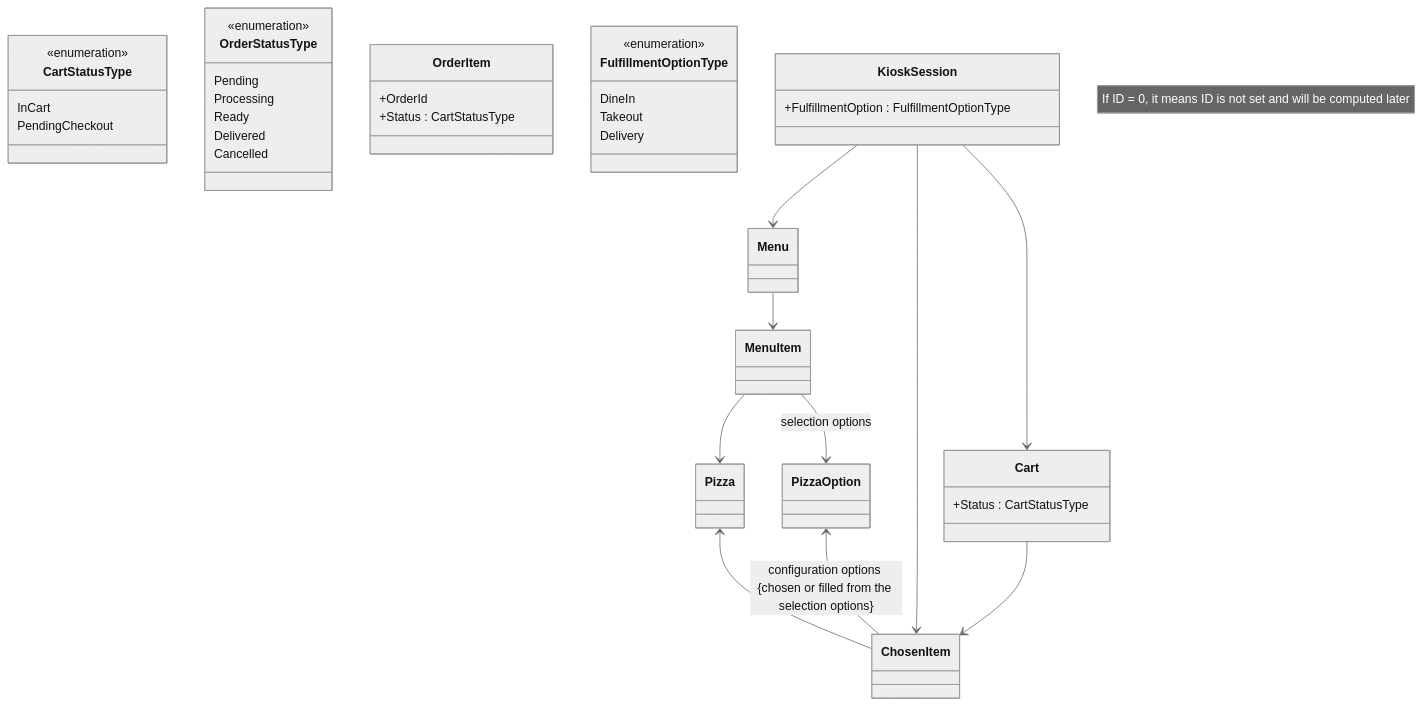
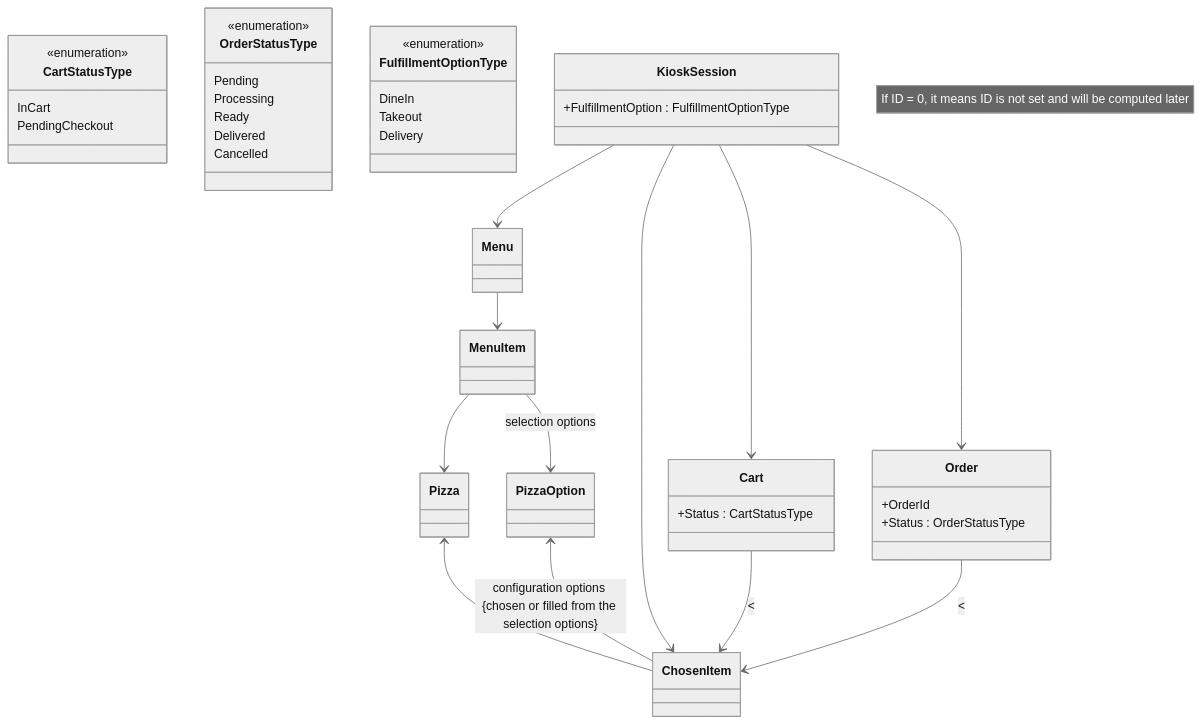
The diagram in README.md (ekral/Utb.PizzaKiosk), drawn with Mermaid (neutral theme) before and after one commit.

````diff
--- a/README.md
+++ b/README.md
@@ -160,55 +160,57 @@
 ```mermaid
  classDiagram
    note "If ID = 0, it means ID is not set and will be computed later"
    %% direction LR
    class PizzaOption
    class Pizza
    class MenuItem
    class Menu
    class ChosenItem
 
    class CartStatusType{
       <<enumeration>>
       InCart
       PendingCheckout
    }
 
    class Cart{
       +Status : CartStatusType
    }
 
    class OrderStatusType{
       <<enumeration>>
       Pending
       Processing
       Ready
       Delivered
       Cancelled
    }
 
-   class OrderItem{
+   class Order{
       +OrderId
-      +Status : CartStatusType
+      +Status : OrderStatusType
    }
 
    class FulfillmentOptionType{
       <<enumeration>>
       DineIn
       Takeout
       Delivery
    }
 
    class KioskSession{
       +FulfillmentOption : FulfillmentOptionType
    }
 
    MenuItem --> Pizza
    Pizza <-- ChosenItem
    MenuItem --> PizzaOption : selection options
    PizzaOption <-- ChosenItem : configuration options {chosen or filled from the selection options}
    Menu --> MenuItem
    KioskSession --> Menu
    KioskSession  --> ChosenItem
    KioskSession  --> Cart
-   Cart --> ChosenItem
+   KioskSession  --> Order
+   Cart --> ChosenItem : <<copy>
+   Order --> ChosenItem : <<copy>
 ```
````
